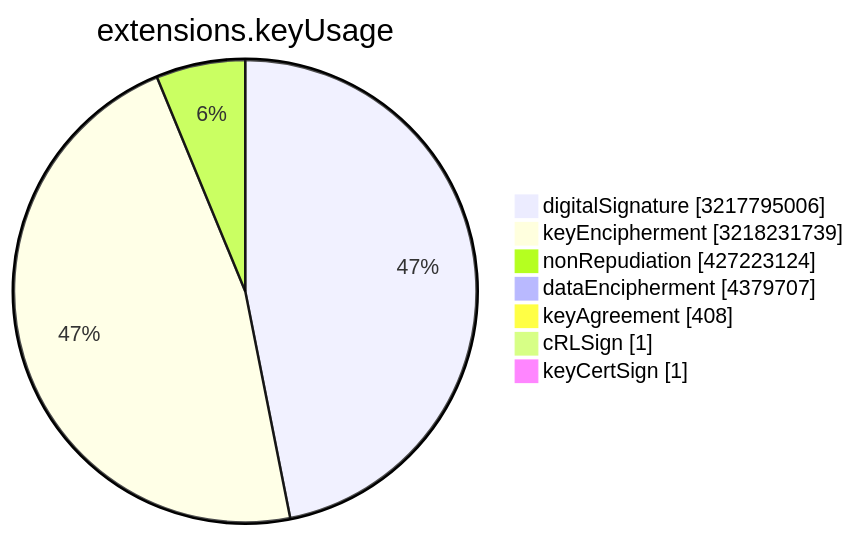
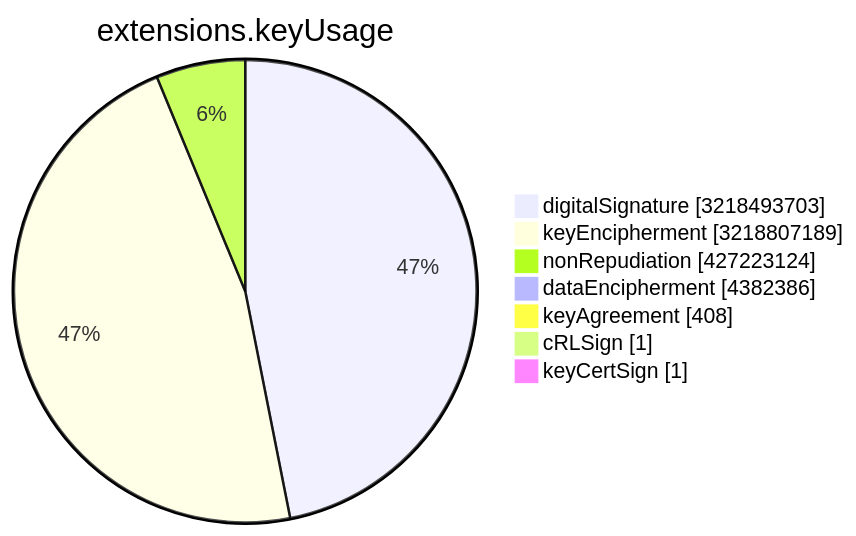
Before and after one commit to christiankrug/ctmonitor_visualization: the sixth of 15 diagrams in TOTAL/README.md, drawn with Mermaid. The commit also changed other lines of this file, not shown here.

````diff
--- a/TOTAL/README.md
+++ b/TOTAL/README.md
@@ -3077,11 +3077,11 @@
 ```mermaid
 pie showData
 title extensions.keyUsage
-"digitalSignature" :3217795006
-"keyEncipherment" :3218231739
+"digitalSignature" :3218493703
+"keyEncipherment" :3218807189
 "nonRepudiation" :427223124
-"dataEncipherment" :4379707
+"dataEncipherment" :4382386
 "keyAgreement" :408
 "cRLSign" :1
 "keyCertSign" :1
 ```
````
